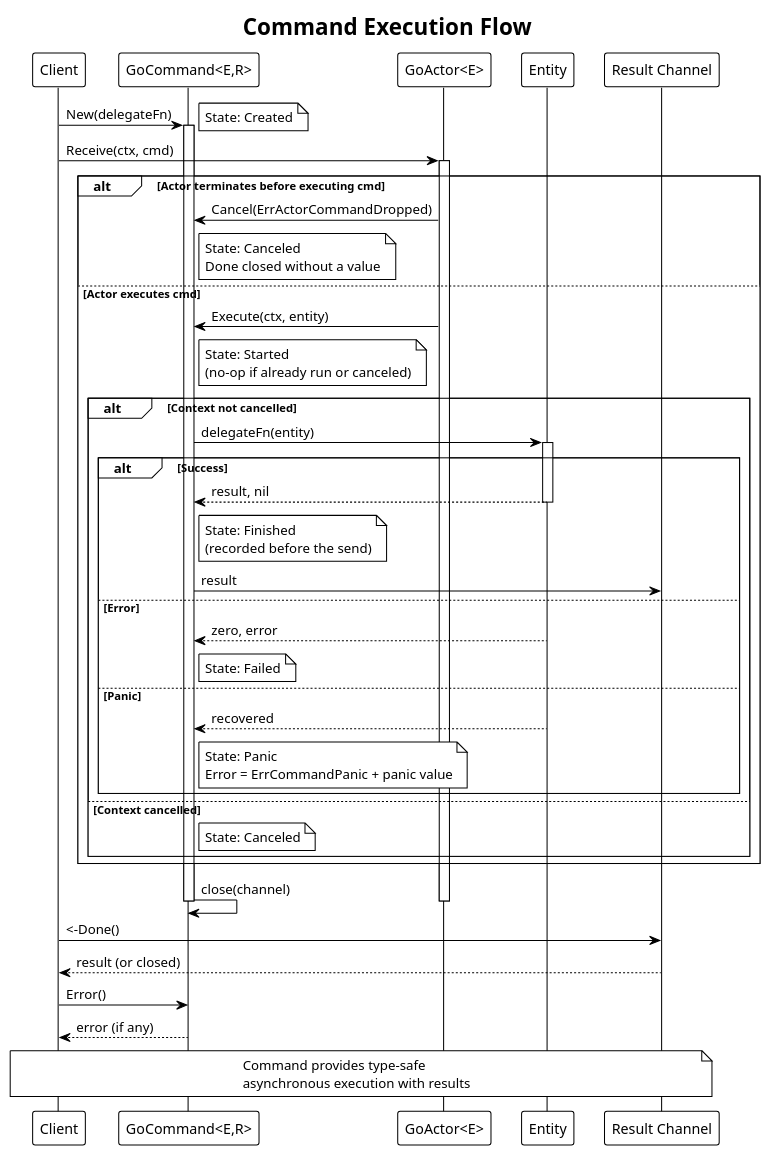
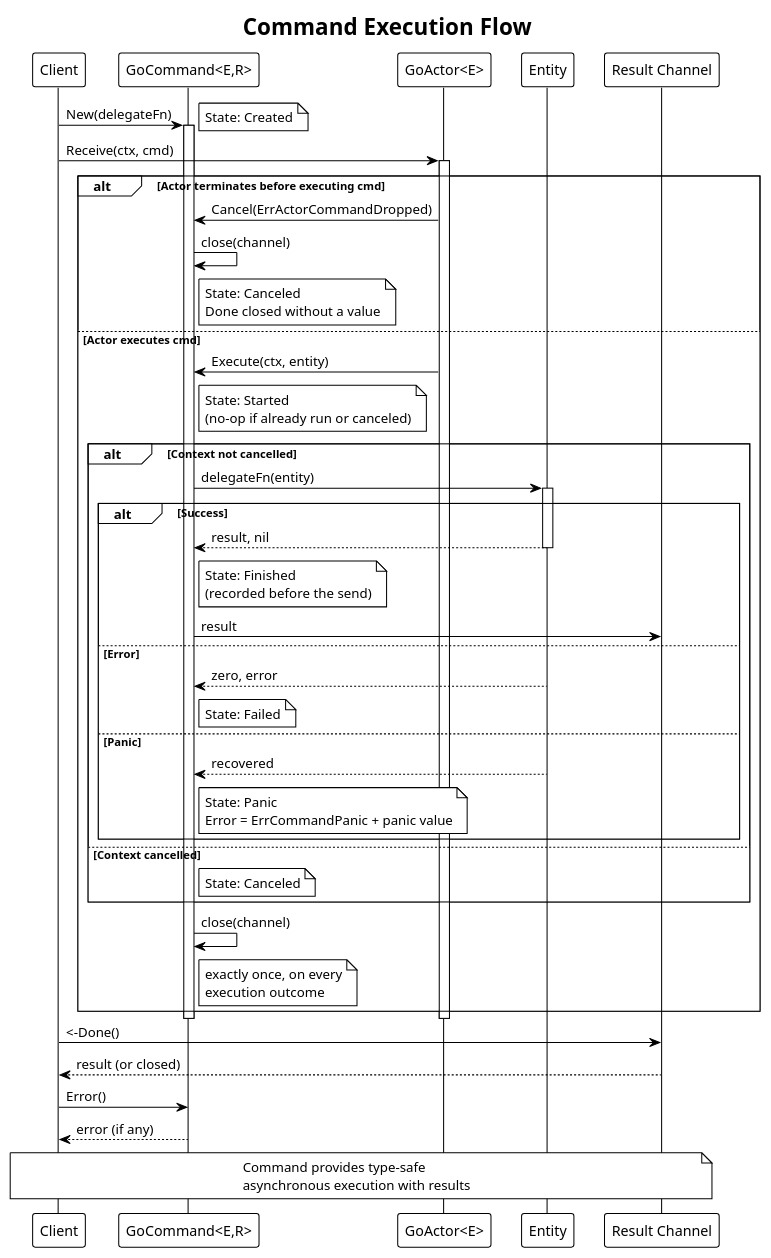
Before and after one commit to barnowlsnest/go-actorlib: the diagram in docs/command-flow.puml, drawn with PlantUML.

Commit message:
docs: close command channel once per branch in command-flow diagram
The close(channel) step sat after the outer alt, so the diagram showed
a second close on the cancellation path, where Cancel has already
closed Done. Each branch now closes the channel exactly once.

Addresses review comment on #47.

```diff
--- a/docs/command-flow.puml
+++ b/docs/command-flow.puml
@@ -1,63 +1,66 @@
 @startuml command-flow
 !theme plain
 skinparam backgroundColor #FFFFFF
 
 title Command Execution Flow
 
 participant "Client" as client
 participant "GoCommand<E,R>" as cmd
 participant "GoActor<E>" as actor
 participant "Entity" as entity
 participant "Result Channel" as channel
 
 client -> cmd : New(delegateFn)
 activate cmd
 note right : State: Created
 
 client -> actor : Receive(ctx, cmd)
 activate actor
 
 alt Actor terminates before executing cmd
   actor -> cmd : Cancel(ErrActorCommandDropped)
+  cmd -> cmd : close(channel)
   note right of cmd : State: Canceled\nDone closed without a value
 else Actor executes cmd
 actor -> cmd : Execute(ctx, entity)
 note right of cmd : State: Started\n(no-op if already run or canceled)
 
 alt Context not cancelled
   cmd -> entity : delegateFn(entity)
   activate entity
   
   alt Success
     entity --> cmd : result, nil
     deactivate entity
     note right of cmd : State: Finished\n(recorded before the send)
     cmd -> channel : result
   else Error
     entity --> cmd : zero, error
     deactivate entity
     note right of cmd : State: Failed
   else Panic
     entity --> cmd : recovered
     deactivate entity
     note right of cmd : State: Panic\nError = ErrCommandPanic + panic value
   end
   
 else Context cancelled
   note right of cmd : State: Canceled
 end
+
+cmd -> cmd : close(channel)
+note right of cmd : exactly once, on every\nexecution outcome
 end
 
-cmd -> cmd : close(channel)
 deactivate cmd
 deactivate actor
 
 client -> channel : <-Done()
 channel --> client : result (or closed)
 
 client -> cmd : Error()
 cmd --> client : error (if any)
 
 note over client, channel : Command provides type-safe\nasynchronous execution with results
 
 @enduml
```
